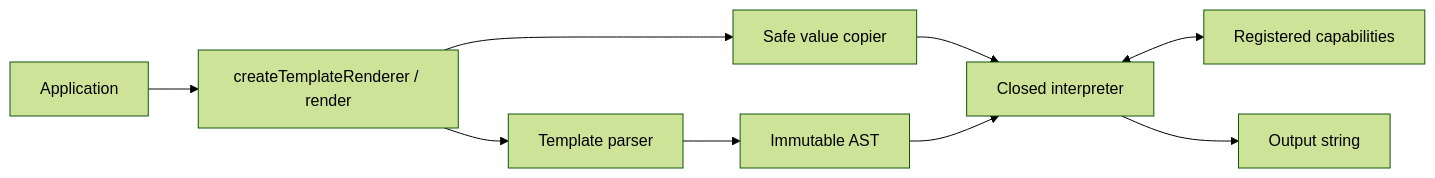
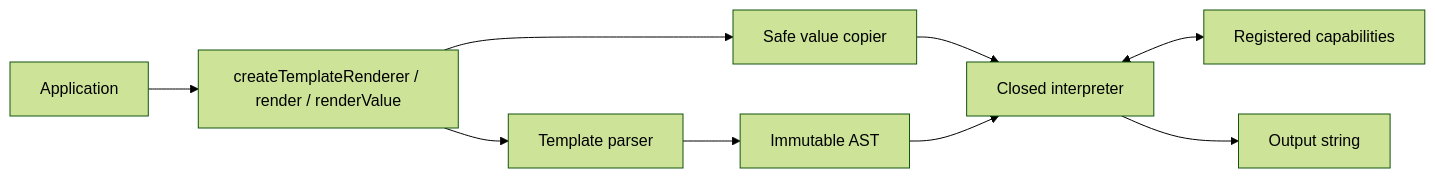
One commit to Rugvip/nunjitsu changed the diagram in docs/architecture.md. Above: the diagram before and after it, drawn with Mermaid (forest theme). The commit also changed other lines of this file and 14 other files, not shown here.

````diff
--- a/docs/architecture.md
+++ b/docs/architecture.md
@@ -13,11 +13,11 @@
 ```mermaid
 flowchart LR
-    A["Application"] --> B["createTemplateRenderer / render"]
+    A["Application"] --> B["createTemplateRenderer / render / renderValue"]
     B --> C["Safe value copier"]
     B --> D["Template parser"]
     D --> E["Immutable AST"]
     C --> F["Closed interpreter"]
     E --> F
     F <--> G["Registered capabilities"]
     F --> H["Output string"]
 ```
````
